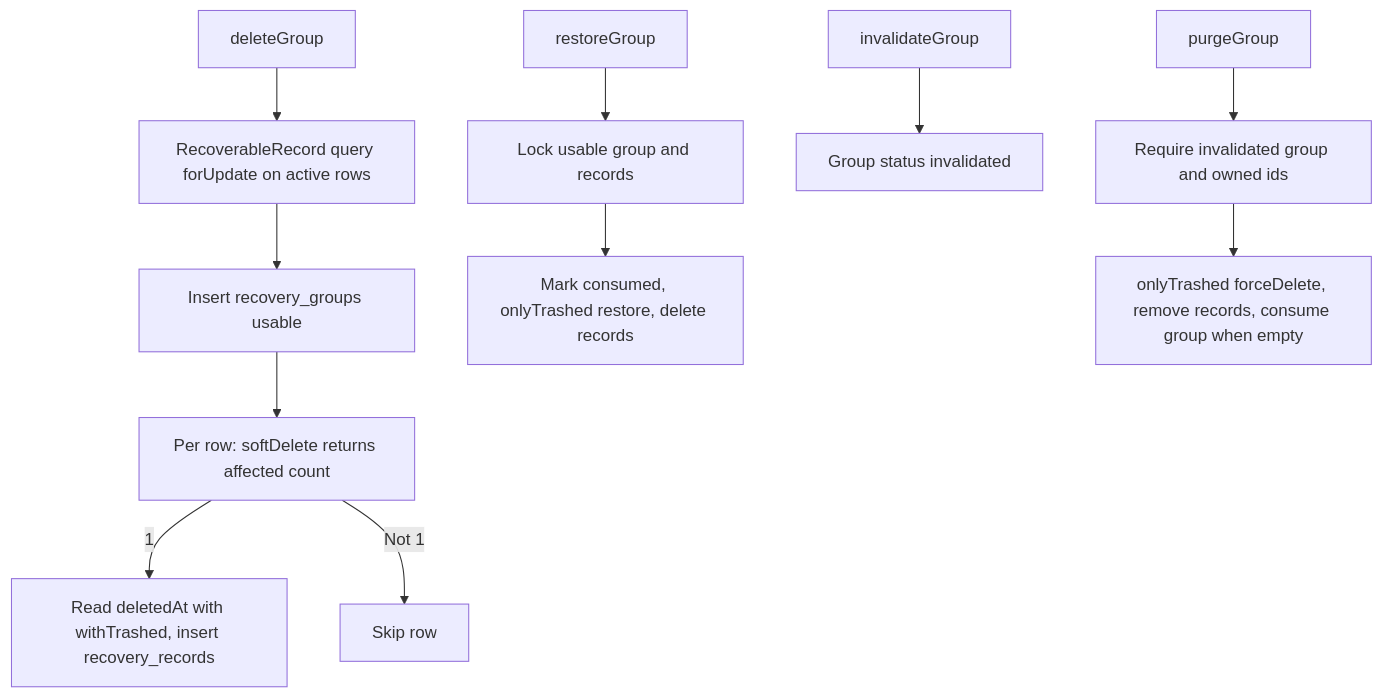
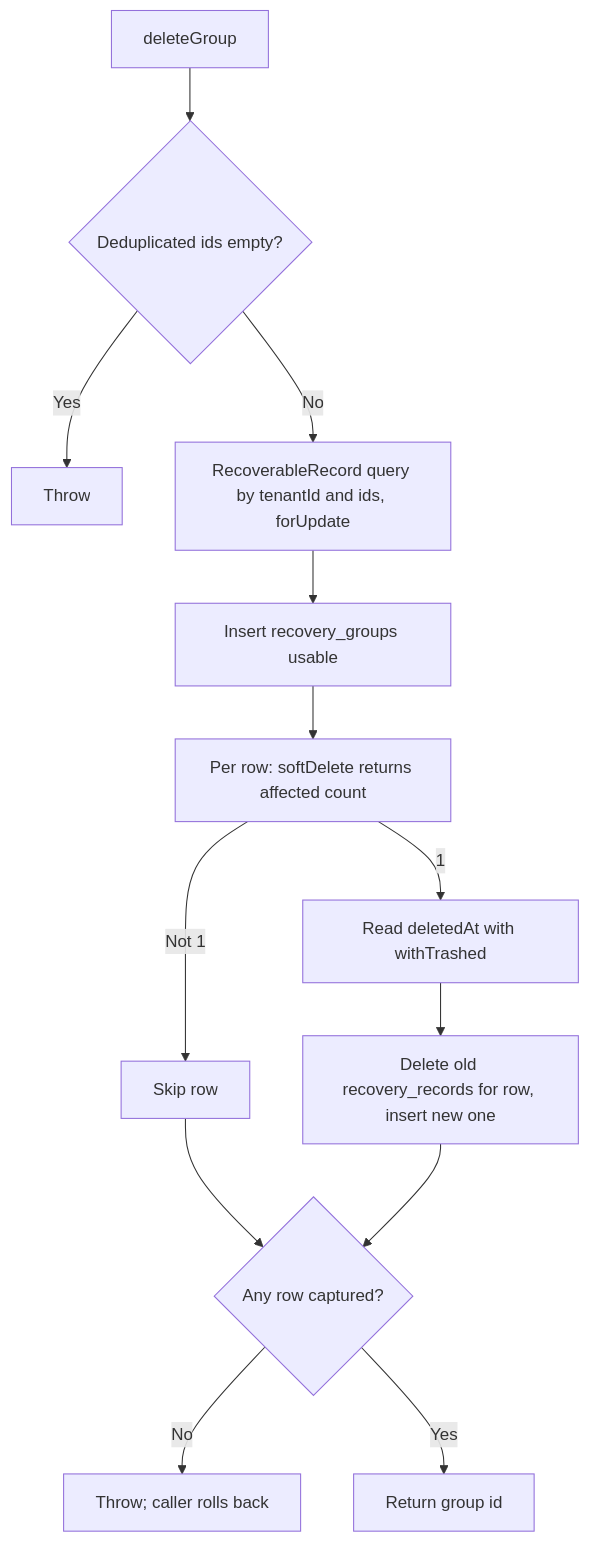
Before and after one commit to Kevinjohn/oss-adonisjs-lucid-soft-delete: the second of 2 diagrams in user-stories/example-apps/us-demo-05-group-recovery.md, drawn with Mermaid. The commit also changed other lines of this file and 9 other files, not shown here.

````diff
--- a/user-stories/example-apps/us-demo-05-group-recovery.md
+++ b/user-stories/example-apps/us-demo-05-group-recovery.md
@@ -37,13 +36,15 @@
 ```mermaid
 flowchart TD
-    A["deleteGroup"] --> B["RecoverableRecord query forUpdate on active rows"]
-    B --> C["Insert recovery_groups usable"]
-    C --> D["Per row: softDelete returns affected count"]
-    D -->|1| E["Read deletedAt with withTrashed, insert recovery_records"]
-    D -->|Not 1| F["Skip row"]
-    G["restoreGroup"] --> H["Lock usable group and records"]
-    H --> I["Mark consumed, onlyTrashed restore, delete records"]
-    J["invalidateGroup"] --> K["Group status invalidated"]
-    L["purgeGroup"] --> M["Require invalidated group and owned ids"]
-    M --> N["onlyTrashed forceDelete, remove records, consume group when empty"]
+    A["deleteGroup"] --> B{"Deduplicated ids empty?"}
+    B -->|Yes| C["Throw"]
+    B -->|No| D["RecoverableRecord query by tenantId and ids, forUpdate"]
+    D --> E["Insert recovery_groups usable"]
+    E --> F["Per row: softDelete returns affected count"]
+    F -->|Not 1| G["Skip row"]
+    F -->|1| H["Read deletedAt with withTrashed"]
+    H --> I["Delete old recovery_records for row, insert new one"]
+    G --> J{"Any row captured?"}
+    I --> J
+    J -->|No| K["Throw; caller rolls back"]
+    J -->|Yes| L["Return group id"]
 ```
````
